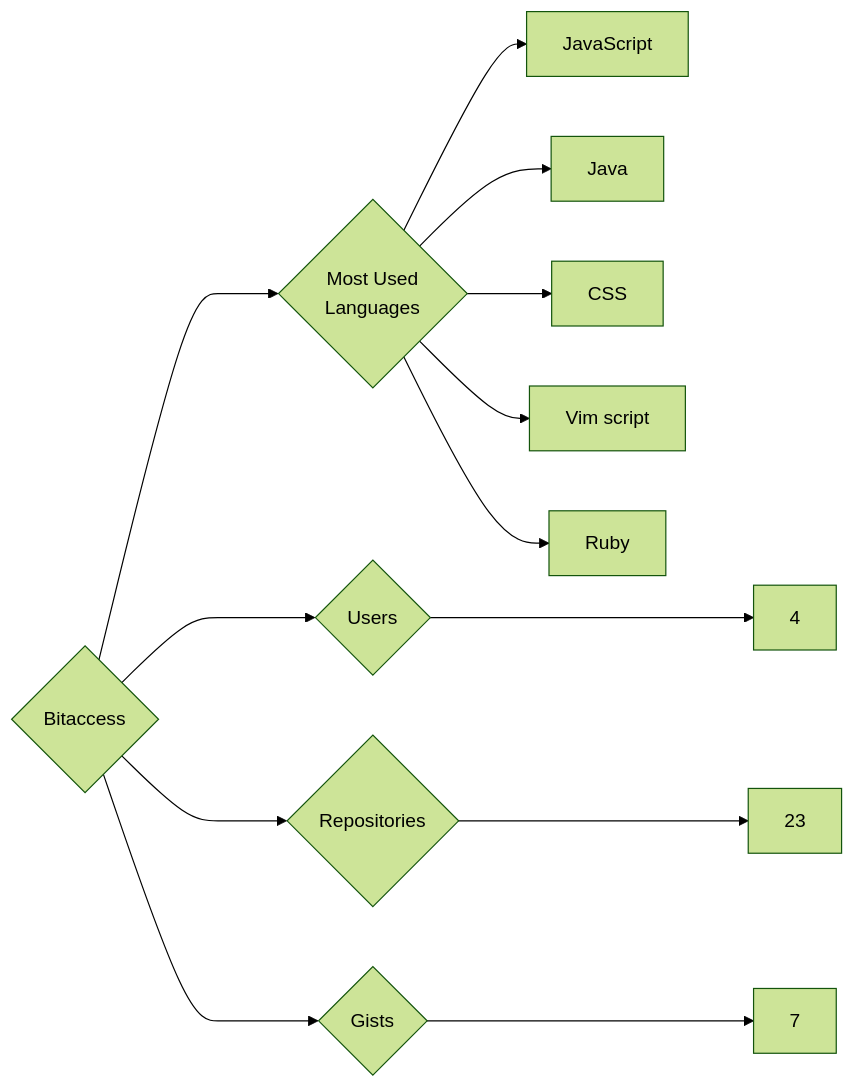
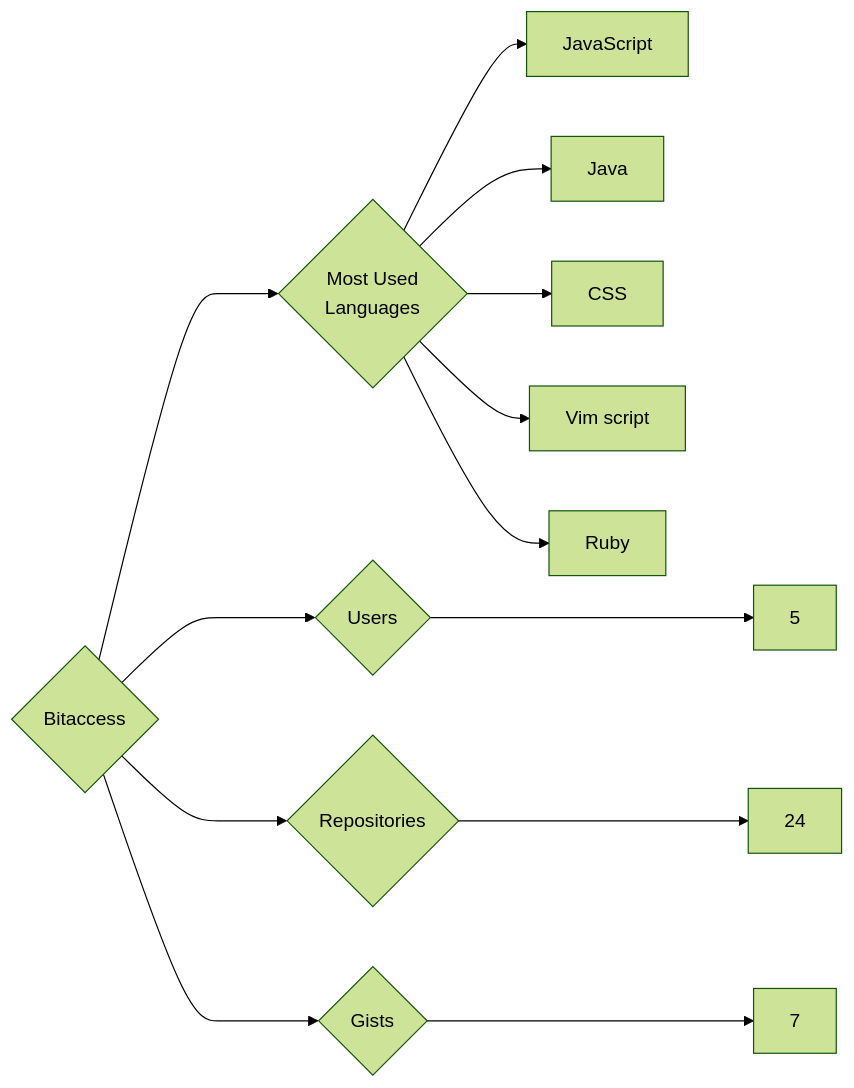
One commit to trickest/insiders changed the diagram in targets/Bitaccess/README.md. Above: the diagram before and after it, drawn with Mermaid (forest theme). The commit also changed 720 other files, not shown here.

````diff
--- a/targets/Bitaccess/README.md
+++ b/targets/Bitaccess/README.md
@@ -3,13 +3,13 @@
 ```mermaid
 graph LR
 COMPANY_NAME{Bitaccess}
-COMPANY_NAME ---> U{Users} ---> UN[4]
-COMPANY_NAME ---> R{Repositories} ---> RN[23]
+COMPANY_NAME ---> U{Users} ---> UN[5]
+COMPANY_NAME ---> R{Repositories} ---> RN[24]
 COMPANY_NAME ---> G{Gists} ---> GN[7]
 COMPANY_NAME ---> ML{Most Used<br>Languages}
 ML --> JavaScript[JavaScript]
 ML --> Java[Java]
 ML --> CSS[CSS]
 ML --> Vim_script[Vim script]
 ML --> Ruby[Ruby]
 ```
````
